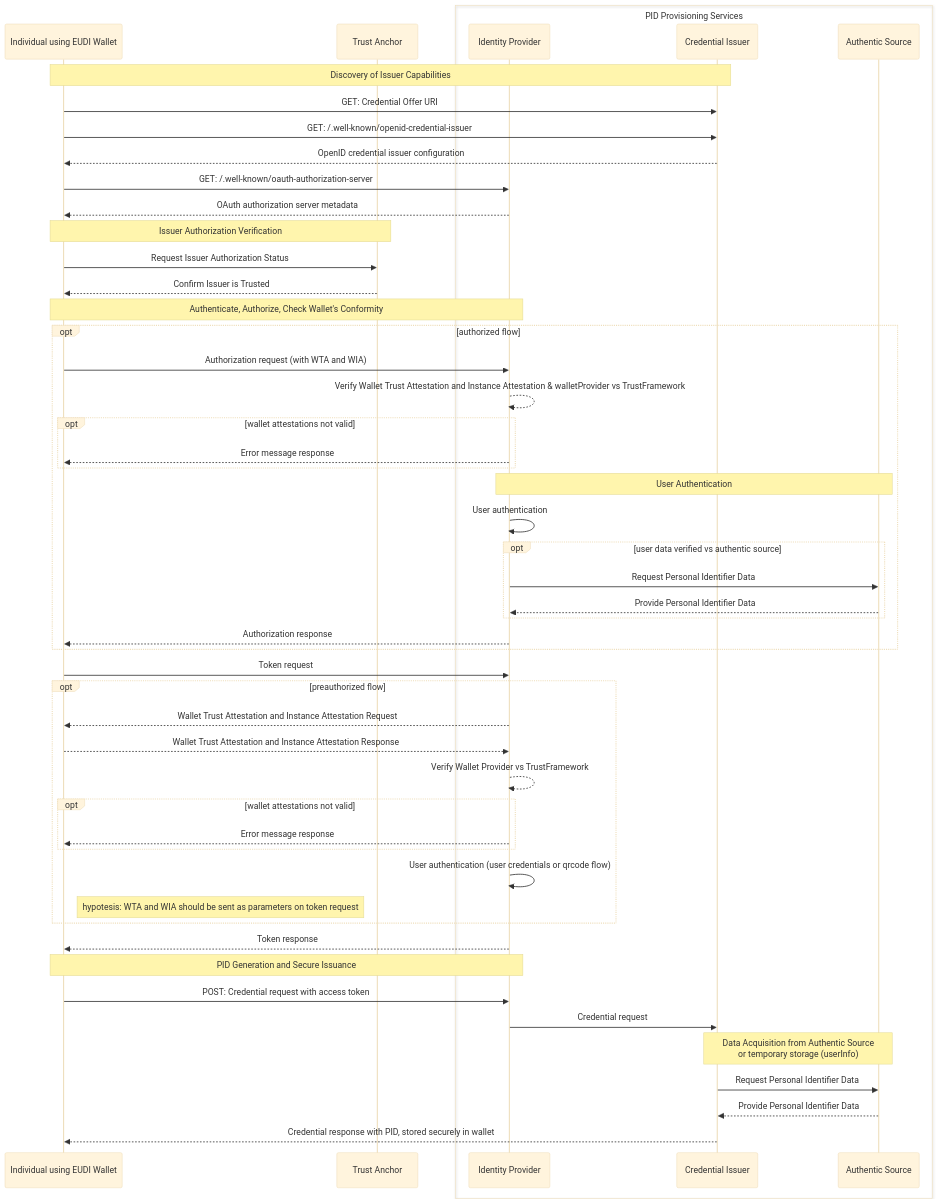
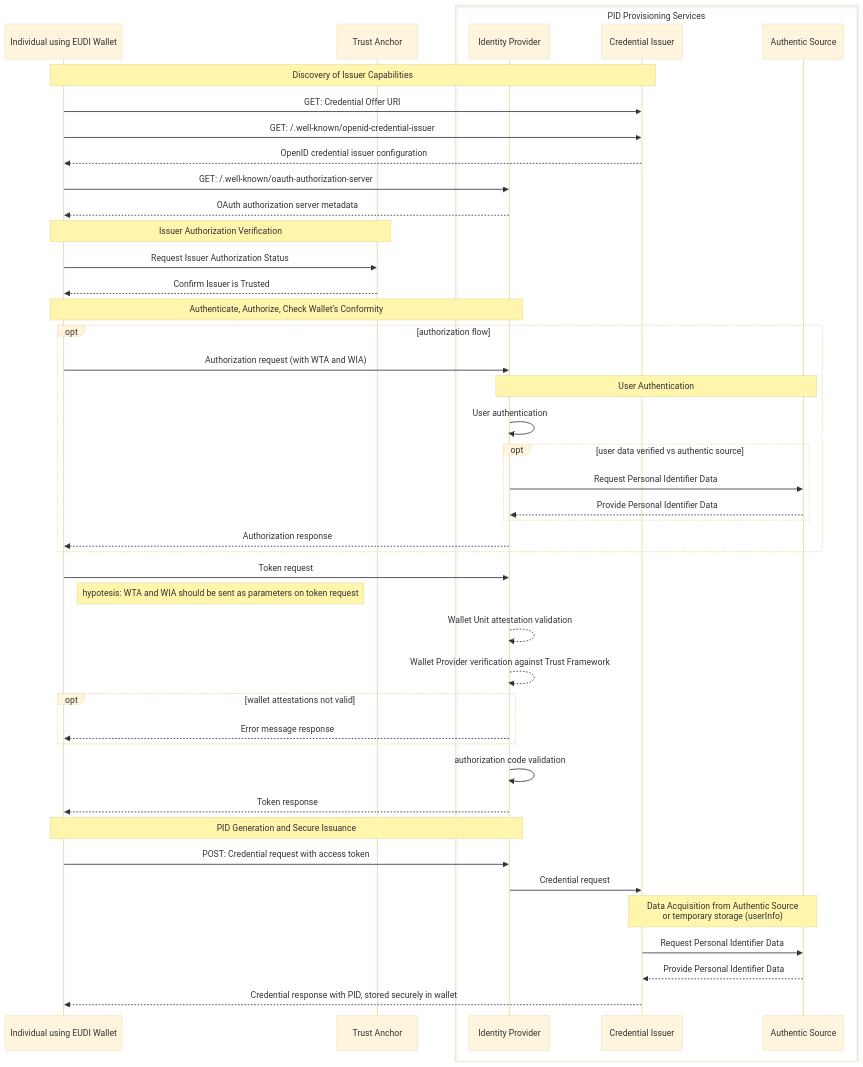
One commit to EWC-consortium/eudi-wallet-rfcs changed the diagram in ewc-rfc003-issue-person-identification-data.md. Above: the diagram before and after it, drawn with Mermaid (base theme). The commit also changed other lines of this file, not shown here.

Commit message:
ewc-rfc003-issue-person-identification-data.md

````diff
--- a/ewc-rfc003-issue-person-identification-data.md
+++ b/ewc-rfc003-issue-person-identification-data.md
@@ -68,63 +68,55 @@
 ```mermaid
   sequenceDiagram
     participant I as Individual using EUDI Wallet
     participant TA as Trust Anchor
     box PID Provisioning Services
     participant O as Identity Provider
     participant CI as Credential Issuer
     participant AS as Authentic Source
     end
     
     Note over I,CI: Discovery of Issuer Capabilities 
       
     I->>CI: GET: Credential Offer URI
     I->> CI: GET: /.well-known/openid-credential-issuer
     CI-->> I: OpenID credential issuer configuration
     I->> O: GET: /.well-known/oauth-authorization-server
     O-->>I: OAuth authorization server metadata
         
     Note over I,TA: Issuer Authorization Verification
     I->>TA: Request Issuer Authorization Status
     TA-->>I: Confirm Issuer is Trusted
     
     Note over I,O: Authenticate, Authorize, Check Wallet's Conformity
-    opt authorized flow
+    opt authorization flow
     I->>O: Authorization request (with WTA and WIA)
-    O-->>O: Verify Wallet Trust Attestation and Instance Attestation & walletProvider vs TrustFramework 
-    opt wallet attestations not valid
-    O-->>I: Error message response
-    end
     Note over O,AS: User Authentication
       O->>O: User authentication
         opt user data verified vs authentic source
           O->>AS: Request Personal Identifier Data
           AS-->>O: Provide Personal Identifier Data
       end
       O-->>I: Authorization response 
     end
     
-    I->>O: Token request
-    opt preauthorized flow
-      O-->>I: Wallet Trust Attestation and Instance Attestation Request
-      I-->>O: Wallet Trust Attestation and Instance Attestation Response
-      O-->>O: Verify Wallet Provider vs TrustFramework 
-        opt wallet attestations not valid
+    I->> O: Token request
+    Note right of I: hypotesis: WTA and WIA should be sent as parameters on token request
+    O-->>O: Wallet Unit attestation validation
+    O-->>O: Wallet Provider verification against Trust Framework
+      opt wallet attestations not valid
           O-->>I: Error message response
-        end
+      end
     
-      O->>O: User authentication (user credentials or qrcode flow)
-      Note right of I: hypotesis: WTA and WIA should be sent as parameters on token request
-    end
+    O->>O: authorization code validation
     O-->>I: Token response
-    
         
     Note over I,O: PID Generation and Secure Issuance
     I->>O: POST: Credential request with access token
     O->>CI: Credential request
     Note over CI,AS: Data Acquisition from Authentic Source <BR> or temporary storage (userInfo)
     CI->>AS: Request Personal Identifier Data
     AS-->>CI: Provide Personal Identifier Data
     
     CI-->>I: Credential response with PID, stored securely in wallet
 
 ```
````
